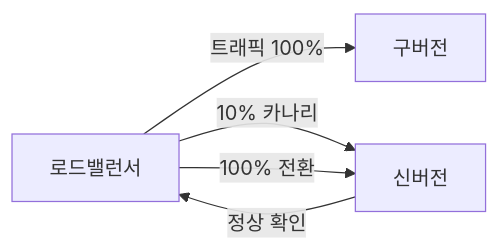
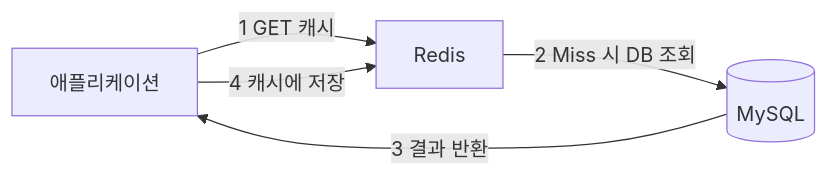
Before and after one commit to yjkim2015/yjkim2015.github.io: the third of 8 diagrams in _posts/systemdesign/2026-05-02-system-design-fundamentals.md, drawn with Mermaid. The commit also changed other lines of this file and 4 other files, not shown here.

````diff
--- a/_posts/systemdesign/2026-05-02-system-design-fundamentals.md
+++ b/_posts/systemdesign/2026-05-02-system-design-fundamentals.md
@@ -123,7 +646,7 @@
 ```mermaid
 graph LR
-    A[로드밸런서] -->|트래픽 100%| B[구버전]
-    A -->|10% 카나리| C[신버전]
-    C -->|정상 확인| A
-    A -->|100% 전환| C
+    App[애플리케이션] -->|1 GET 캐시| Cache[Redis]
+    Cache -->|2 Miss 시 DB 조회| DB[(MySQL)]
+    DB -->|3 결과 반환| App
+    App -->|4 캐시에 저장| Cache
 ```
````
